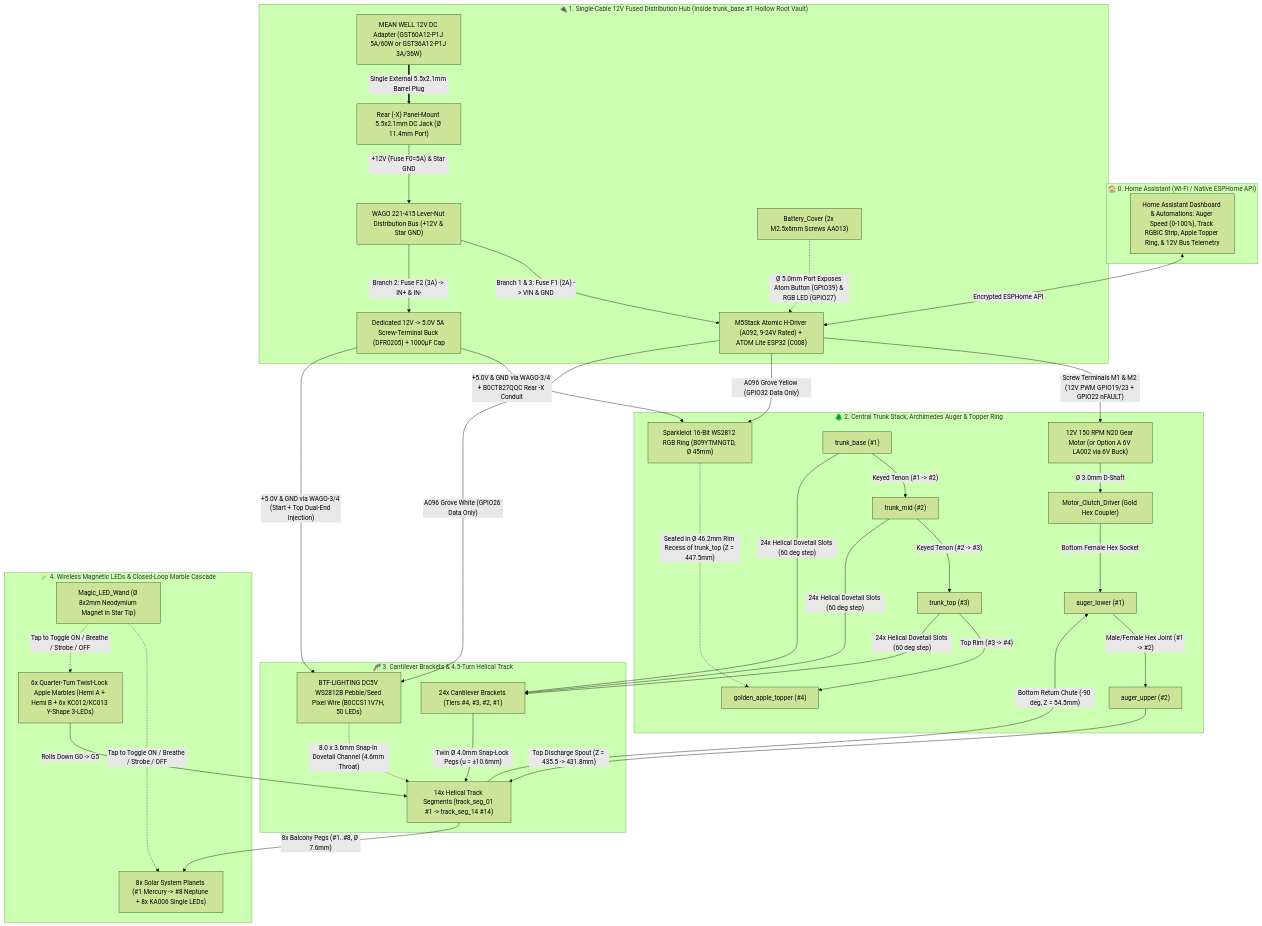
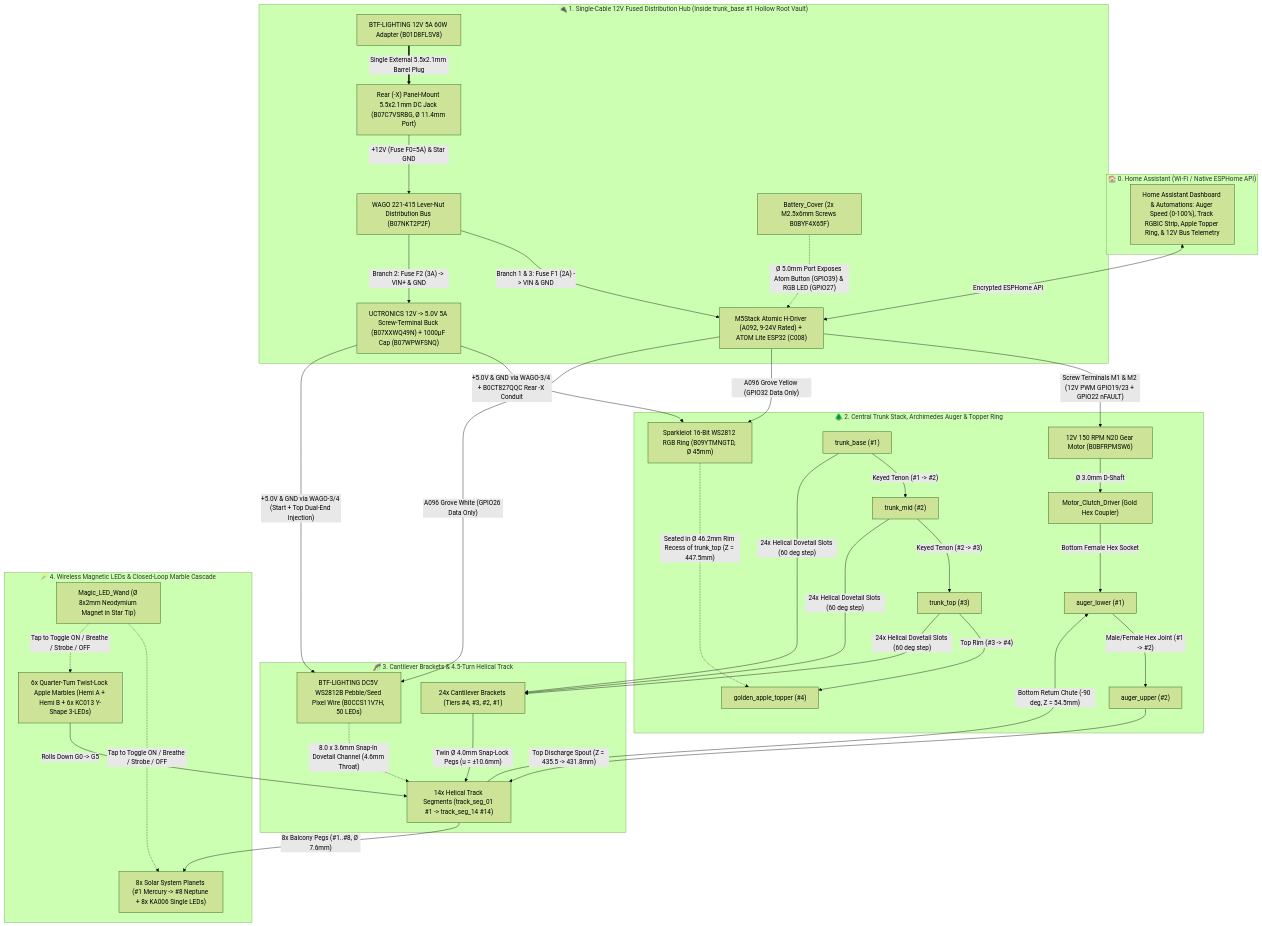
The first of 2 diagrams in README.md (ignacio82/grav-mass), drawn with Mermaid (forest theme) before and after one commit. The commit also changed other lines of this file and 6 other files, not shown here.

````diff
--- a/README.md
+++ b/README.md
@@ -50,44 +53,44 @@
 ```mermaid
 flowchart TB
     subgraph HA["🏠 0. Home Assistant (Wi-Fi / Native ESPHome API)"]
         HA_CTRL["Home Assistant Dashboard & Automations: Auger Speed (0-100%), Track RGBIC Strip, Apple Topper Ring, & 12V Bus Telemetry"]
     end
 
     subgraph PWR["🔌 1. Single-Cable 12V Fused Distribution Hub (Inside trunk_base #1 Hollow Root Vault)"]
-        PSU["MEAN WELL 12V DC Adapter (GST60A12-P1J 5A/60W or GST36A12-P1J 3A/36W)"] ==>|"Single External 5.5x2.1mm Barrel Plug"| JACK["Rear (-X) Panel-Mount 5.5x2.1mm DC Jack (Ø 11.4mm Port)"]
-        JACK -->|"+12V (Fuse F0=5A) & Star GND"| WAGO["WAGO 221-415 Lever-Nut Distribution Bus (+12V & Star GND)"]
+        PSU["BTF-LIGHTING 12V 5A 60W Adapter (B01D8FLSV8)"] ==>|"Single External 5.5x2.1mm Barrel Plug"| JACK["Rear (-X) Panel-Mount 5.5x2.1mm DC Jack (B07C7VSRBG, Ø 11.4mm Port)"]
+        JACK -->|"+12V (Fuse F0=5A) & Star GND"| WAGO["WAGO 221-415 Lever-Nut Distribution Bus (B07NKT2P2F)"]
         WAGO -->|"Branch 1 & 3: Fuse F1 (2A) -> VIN & GND"| C008["M5Stack Atomic H-Driver (A092, 9-24V Rated) + ATOM Lite ESP32 (C008)"]
-        WAGO -->|"Branch 2: Fuse F2 (3A) -> IN+ & IN-"| BUCK5["Dedicated 12V -> 5.0V 5A Screw-Terminal Buck (DFR0205) + 1000µF Cap"]
+        WAGO -->|"Branch 2: Fuse F2 (3A) -> VIN+ & GND"| BUCK5["UCTRONICS 12V -> 5.0V 5A Screw-Terminal Buck (B07XXWQ49N) + 1000µF Cap (B07WPWFSNQ)"]
         HA_CTRL <-->|"Encrypted ESPHome API"| C008
-        BC["Battery_Cover (2x M2.5x6mm Screws AA013)"] -.->|"Ø 5.0mm Port Exposes Atom Button (GPIO39) & RGB LED (GPIO27)"| C008
+        BC["Battery_Cover (2x M2.5x6mm Screws B0BYF4X65F)"] -.->|"Ø 5.0mm Port Exposes Atom Button (GPIO39) & RGB LED (GPIO27)"| C008
     end
 
     subgraph LIFT["🌲 2. Central Trunk Stack, Archimedes Auger & Topper Ring"]
-        C008 -->|"Screw Terminals M1 & M2 (12V PWM GPIO19/23 + GPIO22 nFAULT)"| N20["12V 150 RPM N20 Gear Motor (or Option A 6V LA002 via 6V Buck)"]
+        C008 -->|"Screw Terminals M1 & M2 (12V PWM GPIO19/23 + GPIO22 nFAULT)"| N20["12V 150 RPM N20 Gear Motor (B0BFRPMSW6)"]
         N20 -->|"Ø 3.0mm D-Shaft"| MCD["Motor_Clutch_Driver (Gold Hex Coupler)"]
         MCD -->|"Bottom Female Hex Socket"| AL["auger_lower (#1)"]
         AL -->|"Male/Female Hex Joint (#1 -> #2)"| AU["auger_upper (#2)"]
         TB["trunk_base (#1)"] -->|"Keyed Tenon (#1 -> #2)"| TM["trunk_mid (#2)"]
         TM -->|"Keyed Tenon (#2 -> #3)"| TT["trunk_top (#3)"]
         TT -->|"Top Rim (#3 -> #4)"| TOP["golden_apple_topper (#4)"]
         BUCK5 -->|"+5.0V & GND via WAGO-3/4 + B0CT827QQC Rear -X Conduit"| RING["Sparkleiot 16-Bit WS2812 RGB Ring (B09YTMNGTD, Ø 45mm)"]
         C008 -->|"A096 Grove Yellow (GPIO32 Data Only)"| RING
         RING -.->|"Seated in Ø 46.2mm Rim Recess of trunk_top (Z = 447.5mm)"| TOP
     end
 
     subgraph TRACK["🎢 3. Cantilever Brackets & 4.5-Turn Helical Track"]
         TB & TM & TT -->|"24x Helical Dovetail Slots (60 deg step)"| BRK["24x Cantilever Brackets (Tiers #4, #3, #2, #1)"]
         BRK -->|"Twin Ø 4.0mm Snap-Lock Pegs (u = ±10.6mm)"| SEG["14x Helical Track Segments (track_seg_01 #1 -> track_seg_14 #14)"]
         BUCK5 -->|"+5.0V & GND via WAGO-3/4 (Start + Top Dual-End Injection)"| COB["BTF-LIGHTING DC5V WS2812B Pebble/Seed Pixel Wire (B0CCS11V7H, 50 LEDs)"]
         C008 -->|"A096 Grove White (GPIO26 Data Only)"| COB
         COB -.->|"8.0 x 3.6mm Snap-In Dovetail Channel (4.6mm Throat)"| SEG
     end
 
     subgraph WIRELESS["🪄 4. Wireless Magnetic LEDs & Closed-Loop Marble Cascade"]
         AU -->|"Top Discharge Spout (Z = 435.5 -> 431.8mm)"| SEG
         SEG -->|"Bottom Return Chute (-90 deg, Z = 54.5mm)"| AL
         SEG -->|"8x Balcony Pegs (#1..#8, Ø 7.6mm)"| PLN["8x Solar System Planets (#1 Mercury -> #8 Neptune + 8x KA006 Single LEDs)"]
-        MRB["6x Quarter-Turn Twist-Lock Apple Marbles (Hemi A + Hemi B + 6x KC012/KC013 Y-Shape 3-LEDs)"] -->|"Rolls Down G0 -> G5"| SEG
+        MRB["6x Quarter-Turn Twist-Lock Apple Marbles (Hemi A + Hemi B + 6x KC013 Y-Shape 3-LEDs)"] -->|"Rolls Down G0 -> G5"| SEG
         WAND["Magic_LED_Wand (Ø 8x2mm Neodymium Magnet in Star Tip)"] -.->|"Tap to Toggle ON / Breathe / Strobe / OFF"| PLN & MRB
     end
 ```
````
